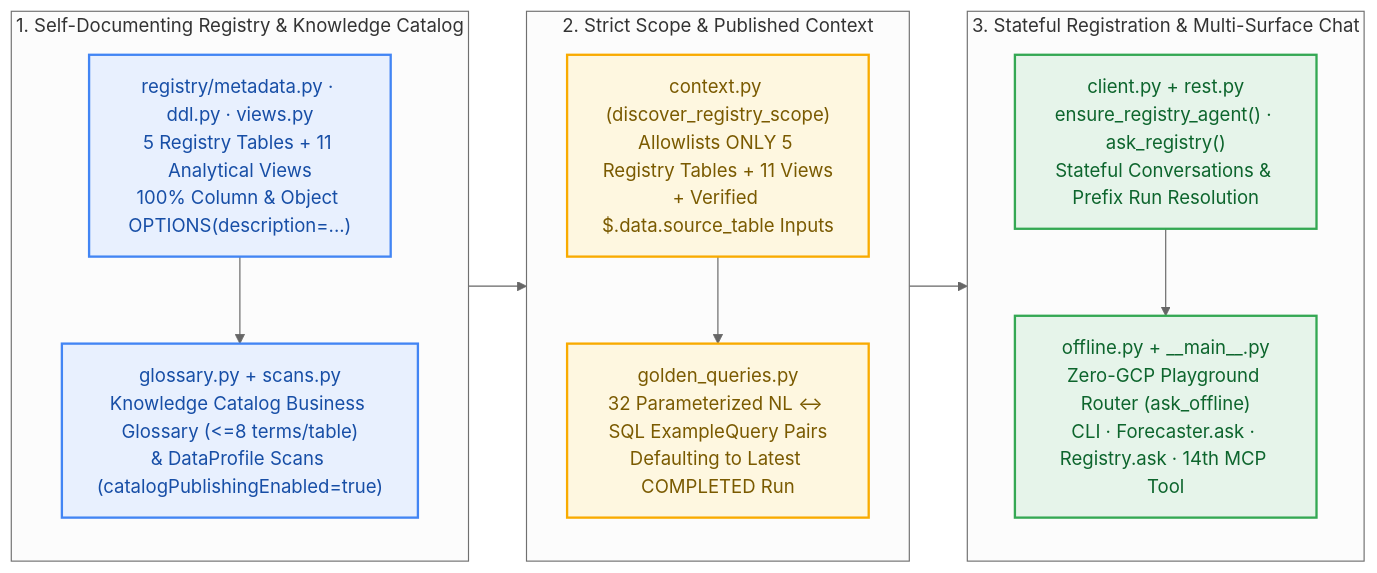
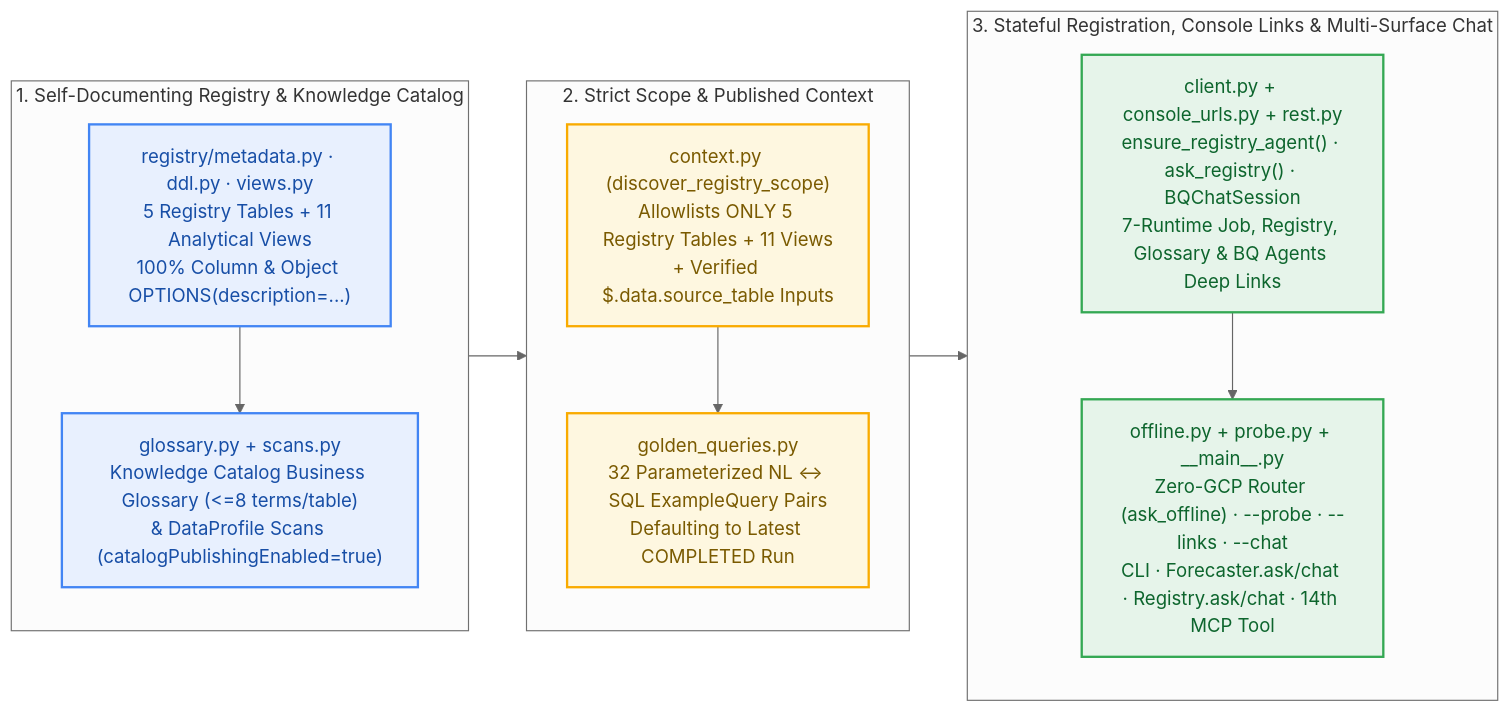
Before and after one commit to statmike/scale-forecasting: the diagram in src/scale_forecasting/bq_agent/README.md, drawn with Mermaid (neutral theme). The commit also changed other lines of this file and 37 other files, not shown here.

First line of the commit message:
feat(showcase,bq_agent): add Forecaster Showcase, Console deep links, and interactive --chat REPL

````diff
--- a/src/scale_forecasting/bq_agent/README.md
+++ b/src/scale_forecasting/bq_agent/README.md
@@ -9,32 +9,32 @@
 ```mermaid
 flowchart LR
     subgraph Metadata["1. Self-Documenting Registry & Knowledge Catalog"]
         direction TB
         M1["registry/metadata.py · ddl.py · views.py<br/>5 Registry Tables + 11 Analytical Views<br/>100% Column & Object OPTIONS(description=...)"]
         M2["glossary.py + scans.py<br/>Knowledge Catalog Business Glossary (<=8 terms/table)<br/>& DataProfile Scans (catalogPublishingEnabled=true)"]
         M1 --> M2
     end
 
     subgraph Context["2. Strict Scope & Published Context"]
         direction TB
         C1["context.py (discover_registry_scope)<br/>Allowlists ONLY 5 Registry Tables + 11 Views<br/>+ Verified $.data.source_table Inputs"]
         C2["golden_queries.py<br/>32 Parameterized NL <-> SQL ExampleQuery Pairs<br/>Defaulting to Latest COMPLETED Run"]
         C1 --> C2
     end
 
-    subgraph Agent["3. Stateful Registration & Multi-Surface Chat"]
+    subgraph Agent["3. Stateful Registration, Console Links & Multi-Surface Chat"]
         direction TB
-        A1["client.py + rest.py<br/>ensure_registry_agent() · ask_registry()<br/>Stateful Conversations & Prefix Run Resolution"]
-        A2["offline.py + __main__.py<br/>Zero-GCP Playground Router (ask_offline)<br/>CLI · Forecaster.ask · Registry.ask · 14th MCP Tool"]
+        A1["client.py + console_urls.py + rest.py<br/>ensure_registry_agent() · ask_registry() · BQChatSession<br/>7-Runtime Job, Registry, Glossary & BQ Agents Deep Links"]
+        A2["offline.py + probe.py + __main__.py<br/>Zero-GCP Router (ask_offline) · --probe · --links · --chat<br/>CLI · Forecaster.ask/chat · Registry.ask/chat · 14th MCP Tool"]
         A1 --> A2
     end
 
     Metadata --> Context --> Agent
 
     classDef data fill:#E8F0FE,stroke:#4285F4,stroke-width:2px,color:#174EA6
     classDef config fill:#FEF7E0,stroke:#F9AB00,stroke-width:2px,color:#7A5A00
     classDef compute fill:#E6F4EA,stroke:#34A853,stroke-width:2px,color:#0D652D
     class M1,M2 data
     class C1,C2 config
     class A1,A2 compute
 ```
````
